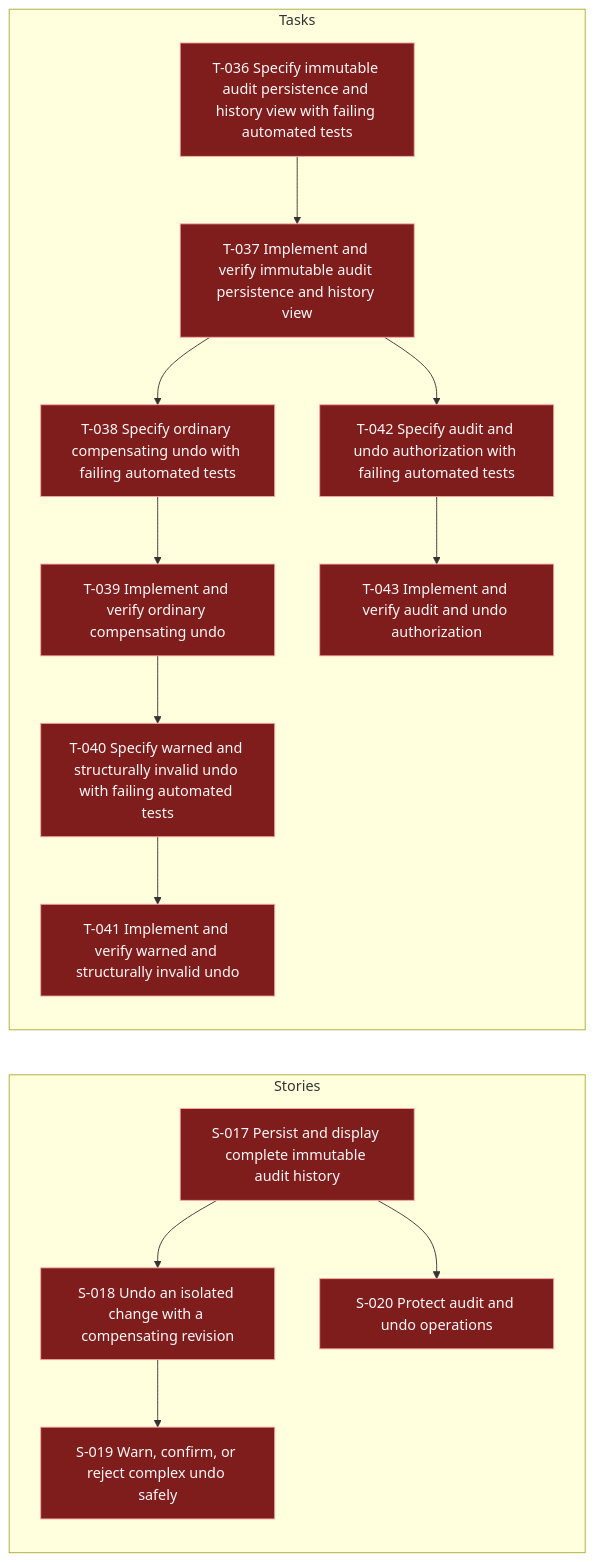
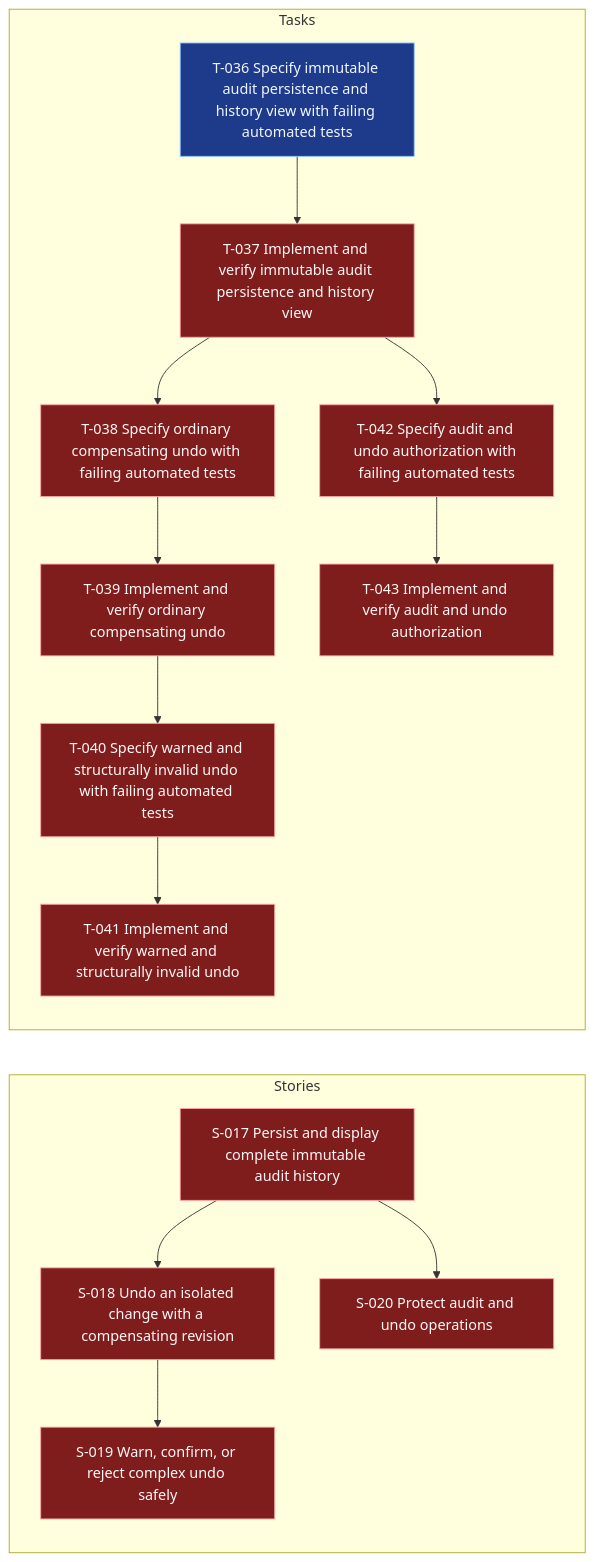
One commit to andybalham/invite-agent changed the diagram in .worktracker/graphs/E-006.mmd. Above: the diagram before and after it, drawn with Mermaid. The commit also changed 21 other files, not shown here.

```diff
--- a/.worktracker/graphs/E-006.mmd
+++ b/.worktracker/graphs/E-006.mmd
@@ -1,44 +1,44 @@
 graph LR
   classDef done fill:#14532d,stroke:#86efac,color:#f0fdf4;
   classDef blocked fill:#7f1d1d,stroke:#fca5a5,color:#fff7f7;
   classDef inprogress fill:#78350f,stroke:#fbbf24,color:#fffbeb;
   classDef todo fill:#1e3a8a,stroke:#93c5fd,color:#eff6ff;
   classDef empty fill:#374151,stroke:#d1d5db,color:#f9fafb,stroke-dasharray: 3 3;
   subgraph Stories
     S017["S-017 Persist and display complete immutable audit history"]:::blocked
     S018["S-018 Undo an isolated change with a compensating revision"]:::blocked
     S019["S-019 Warn, confirm, or reject complex undo safely"]:::blocked
     S020["S-020 Protect audit and undo operations"]:::blocked
     S017 --> S018
     S017 --> S020
     S018 --> S019
   end
   subgraph Tasks
-    T036["T-036 Specify immutable audit persistence and history view with failing automated tests"]:::blocked
+    T036["T-036 Specify immutable audit persistence and history view with failing automated tests"]:::todo
     T037["T-037 Implement and verify immutable audit persistence and history view"]:::blocked
     T038["T-038 Specify ordinary compensating undo with failing automated tests"]:::blocked
     T039["T-039 Implement and verify ordinary compensating undo"]:::blocked
     T040["T-040 Specify warned and structurally invalid undo with failing automated tests"]:::blocked
     T041["T-041 Implement and verify warned and structurally invalid undo"]:::blocked
     T042["T-042 Specify audit and undo authorization with failing automated tests"]:::blocked
     T043["T-043 Implement and verify audit and undo authorization"]:::blocked
     T036 --> T037
     T037 --> T038
     T037 --> T042
     T038 --> T039
     T039 --> T040
     T040 --> T041
     T042 --> T043
   end
   click S017 "../entities/S-017-persist-and-display-complete-immutable-audit-history.md"
   click S018 "../entities/S-018-undo-an-isolated-change-with-a-compensating-revision.md"
   click S019 "../entities/S-019-warn-confirm-or-reject-complex-undo-safely.md"
   click S020 "../entities/S-020-protect-audit-and-undo-operations.md"
   click T036 "../entities/T-036-specify-immutable-audit-persistence-and-history-view-with-failing-automated-tests.md"
   click T037 "../entities/T-037-implement-and-verify-immutable-audit-persistence-and-history-view.md"
   click T038 "../entities/T-038-specify-ordinary-compensating-undo-with-failing-automated-tests.md"
   click T039 "../entities/T-039-implement-and-verify-ordinary-compensating-undo.md"
   click T040 "../entities/T-040-specify-warned-and-structurally-invalid-undo-with-failing-automated-tests.md"
   click T041 "../entities/T-041-implement-and-verify-warned-and-structurally-invalid-undo.md"
   click T042 "../entities/T-042-specify-audit-and-undo-authorization-with-failing-automated-tests.md"
   click T043 "../entities/T-043-implement-and-verify-audit-and-undo-authorization.md"
```
